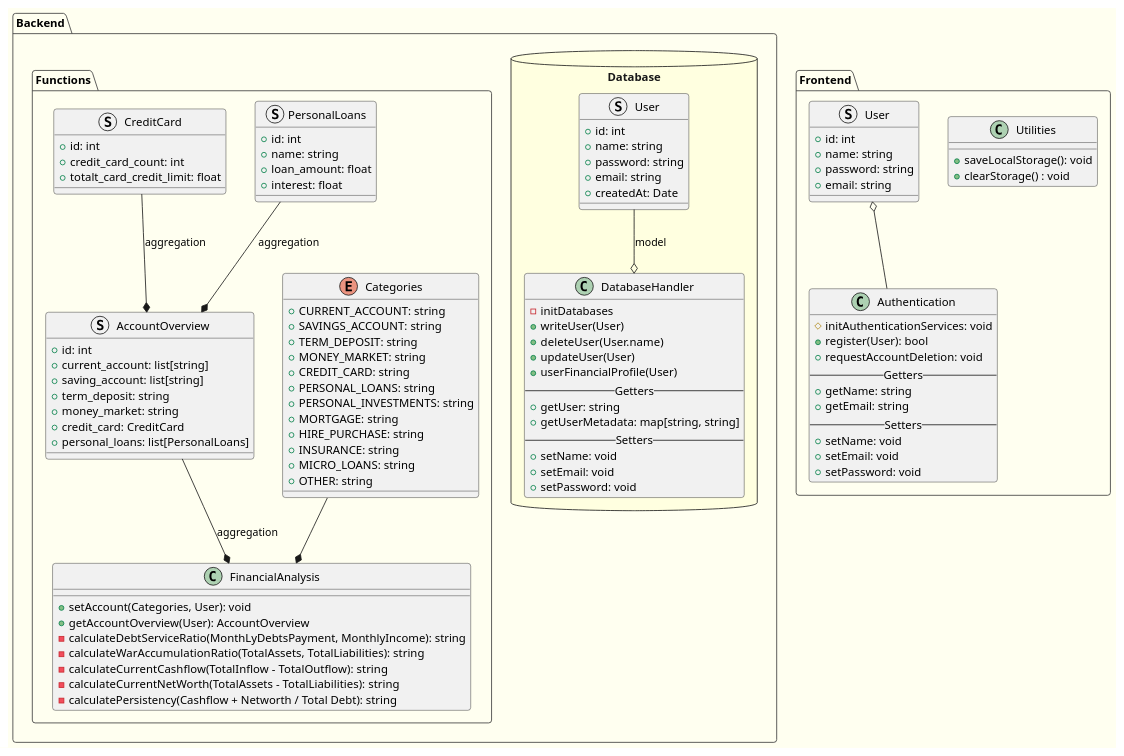
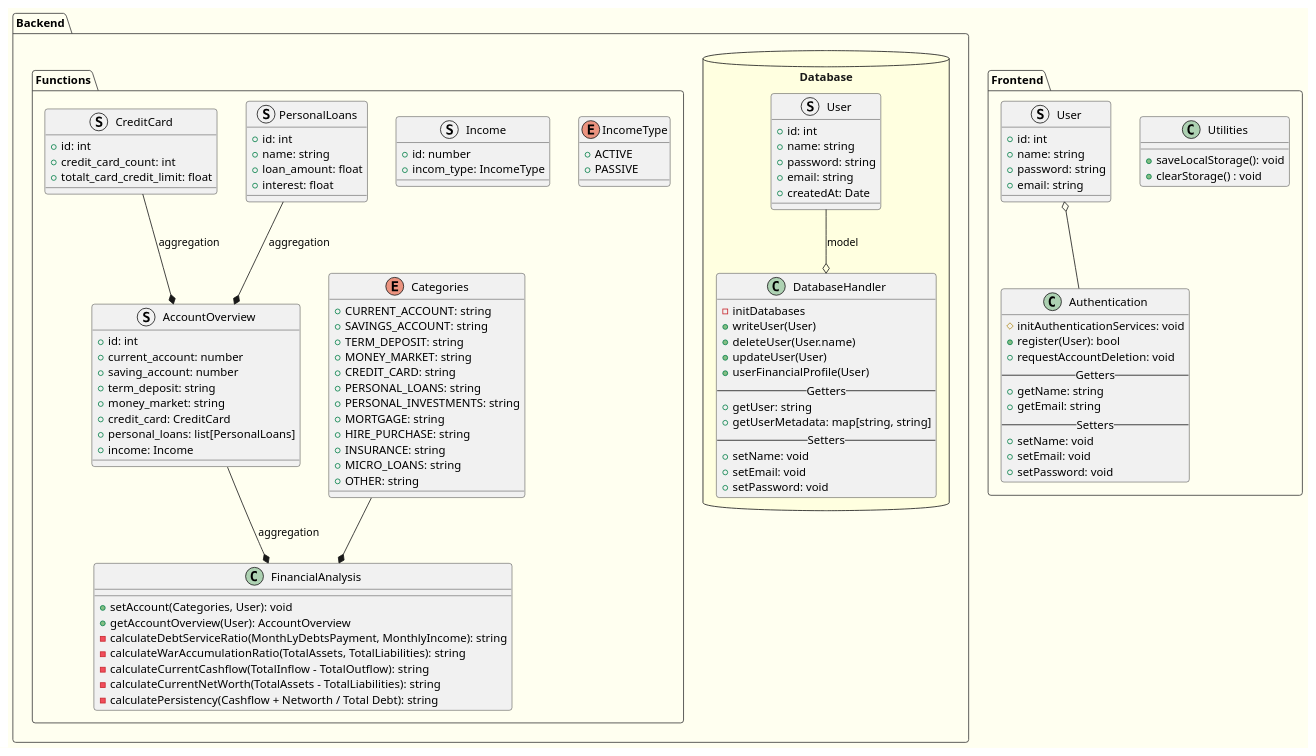
Before and after one commit to ctkqiang/PayNetHackathon: the diagram in PayNetHackathonArchitecture/LOGIC_COMPONENTS.puml, drawn with PlantUML. The commit also changed 10 other files, not shown here.

```diff
--- a/PayNetHackathonArchitecture/LOGIC_COMPONENTS.puml
+++ b/PayNetHackathonArchitecture/LOGIC_COMPONENTS.puml
@@ -1,136 +1,147 @@
 @startuml Logic Components
 
 !theme mars
 
 skinparam handwritten false
 skinparam shadowing false
 skinparam backgroundColor #FFFFF0
 
 package Backend {
     package Database <<Database>> #LightYellow {
         class DatabaseHandler {
             - initDatabases
             + writeUser(User)
             + deleteUser(User.name)
             + updateUser(User)
             + userFinancialProfile(User)
             --Getters--
             + getUser: string
             + getUserMetadata: map[string, string]
             --Setters--
             + setName: void
             + setEmail: void
             + setPassword: void
         }
 
         struct User {
             + id: int
             + name: string
             + password: string
             + email: string
             + createdAt: Date
         }
     }
 
     package Functions {
         enum Categories {
             + CURRENT_ACCOUNT: string
             + SAVINGS_ACCOUNT: string
             + TERM_DEPOSIT: string
             + MONEY_MARKET: string
             + CREDIT_CARD: string
             + PERSONAL_LOANS: string
             + PERSONAL_INVESTMENTS: string
             + MORTGAGE: string
             + HIRE_PURCHASE: string
             + INSURANCE: string
             + MICRO_LOANS: string
             + OTHER: string
         }
 
         struct AccountOverview {
             + id: int
-            + current_account: list[string]
-            + saving_account: list[string]
+            + current_account: number
+            + saving_account: number
             + term_deposit: string
             + money_market: string
             + credit_card: CreditCard
             + personal_loans: list[PersonalLoans]
+            + income: Income
+        }
+
+        enum IncomeType {
+            + ACTIVE
+            + PASSIVE
+        }
+
+        struct Income {
+            + id: number
+            + incom_type: IncomeType
         }
 
         struct PersonalLoans {
             + id: int
             + name: string
             + loan_amount: float
             + interest: float
         }
 
         struct CreditCard {
             + id: int
             + credit_card_count: int
             + totalt_card_credit_limit: float
         }
 
         class FinancialAnalysis {
             + setAccount(Categories, User): void
             + getAccountOverview(User): AccountOverview
             - calculateDebtServiceRatio(MonthLyDebtsPayment, MonthlyIncome): string 
             - calculateWarAccumulationRatio(TotalAssets, TotalLiabilities): string
             - calculateCurrentCashflow(TotalInflow - TotalOutflow): string
             - calculateCurrentNetWorth(TotalAssets - TotalLiabilities): string
             - calculatePersistency(Cashflow + Networth / Total Debt): string
         }
     }
 
     ' note bottom of calculateDebtServiceRatio
     '     Debt Service Ratio (DSR):
     '     This method calculates the Debt Service Ratio based on monthly debt payments and income.
     '     It returns a string representing the DSR value.
 
     '     Summary of DSR Interpretations:
     '     - <&lt; 30% &gt;: Healthy, low risk, strong financial position (Good)
     '     - <&lt; 30% - 40% &gt;: Manageable, generally acceptable (Neutral/Acceptable)
     '     - <&lt; > 40% &gt;: Higher debt load, increased financial strain (Risky/Bad)
     '     - <&lt; > 50% &gt;: Financially overburdened, high risk (Very Bad)
     ' end note
 
     User --o DatabaseHandler :model
     Categories --* FinancialAnalysis
 
     AccountOverview --* FinancialAnalysis :aggregation
     CreditCard --* AccountOverview :aggregation
     PersonalLoans --* AccountOverview :aggregation
 
     ' Functions --o Database: Align
 }
 
 package Frontend {
     class Authentication {
         # initAuthenticationServices: void
         + register(User): bool
         + requestAccountDeletion: void
         --Getters--
         + getName: string
         + getEmail: string
         --Setters--
         + setName: void
         + setEmail: void
         + setPassword: void
     }
 
     class Utilities {
         + saveLocalStorage(): void
         + clearStorage() : void
     }
 
     struct User {
         + id: int
         + name: string
         + password: string 
         + email: string
     }
 
     User o-- Authentication
 }
 
 @enduml
```
